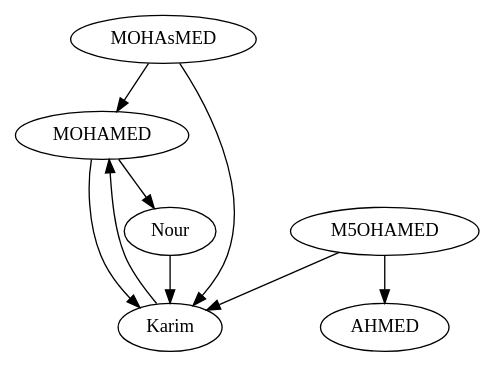
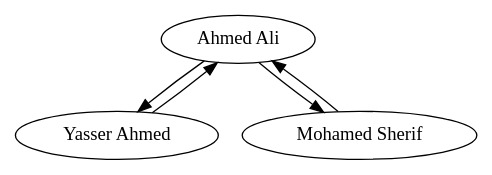
One commit to owvx/DSA_projcet changed the diagram in ui/temp/pasted_input_graph.dot. Above: the diagram before and after it, drawn with Graphviz. The commit also changed 13 other files, not shown here.

```diff
--- a/ui/temp/pasted_input_graph.dot
+++ b/ui/temp/pasted_input_graph.dot
@@ -1,10 +1,6 @@
 digraph test{
-"MOHAMED" -> "Karim"
-"MOHAMED" -> "Nour"
-"Karim" -> "MOHAMED"
-"Nour" -> "Karim"
-"M5OHAMED" -> "AHMED"
-"M5OHAMED" -> "Karim"
-"MOHAsMED" -> "MOHAMED"
-"MOHAsMED" -> "Karim"
+"Ahmed Ali" -> "Yasser Ahmed"
+"Ahmed Ali" -> "Mohamed Sherif"
+"Yasser Ahmed" -> "Ahmed Ali"
+"Mohamed Sherif" -> "Ahmed Ali"
 }
```
